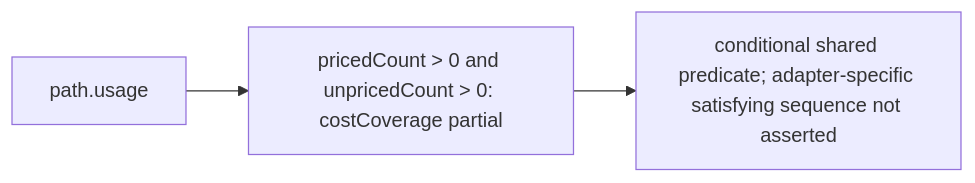
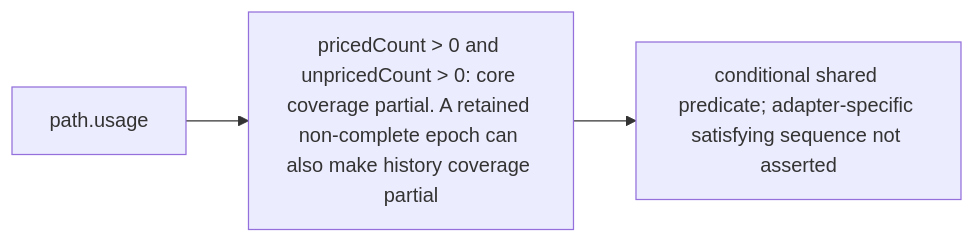
Before and after one commit to vibefield/vibefield: the diagram in audit/godview/plan/graphs/states/state.cost_partial.mmd, drawn with Mermaid. The commit also changed 43 other files, not shown here.

First line of the commit message:
GV-AUDIT6: take 68dde825 and hold second-half cost flows pending

```diff
--- a/audit/godview/plan/graphs/states/state.cost_partial.mmd
+++ b/audit/godview/plan/graphs/states/state.cost_partial.mmd
@@ -1,8 +1,8 @@
 %% graph_ref: path.usage
 %% state: state.cost_partial
 %% shared_map: 07e71c9bcb9532fc181e3f667f2d0ed2e7c9afaf
 flowchart LR
-  pred["pricedCount > 0 and unpricedCount > 0: costCoverage partial"]
+  pred["pricedCount > 0 and unpricedCount > 0: core coverage partial. A retained non-complete epoch can also make history coverage partial"]
   src["path.usage"]
   verdict["conditional shared predicate; adapter-specific satisfying sequence not asserted"]
   src --> pred --> verdict
```
